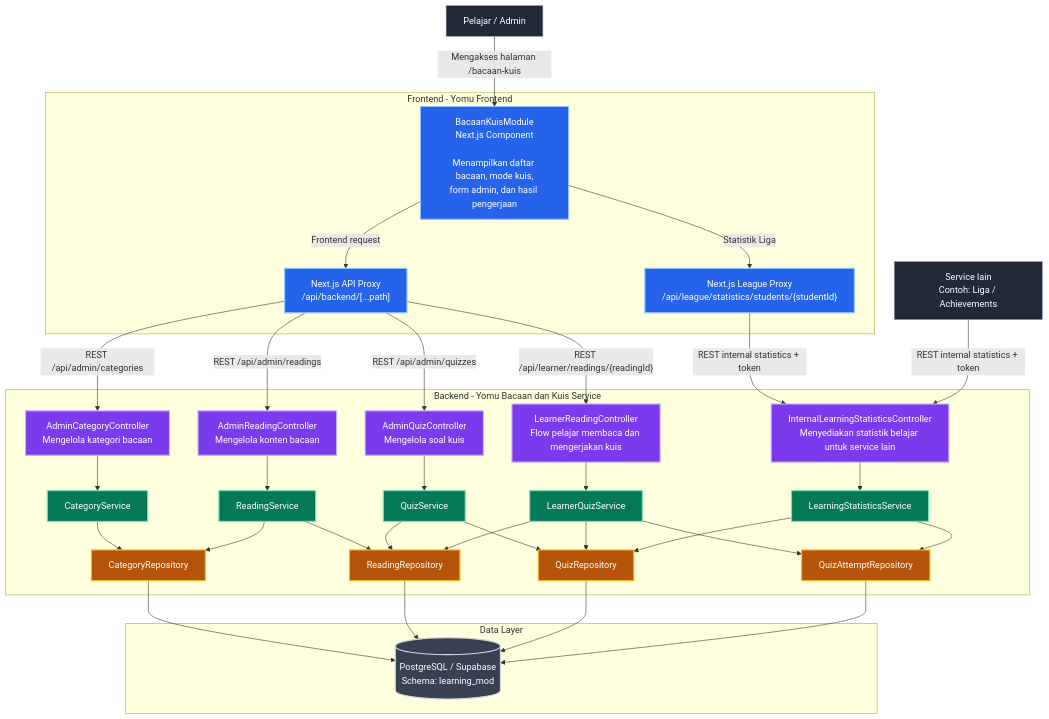
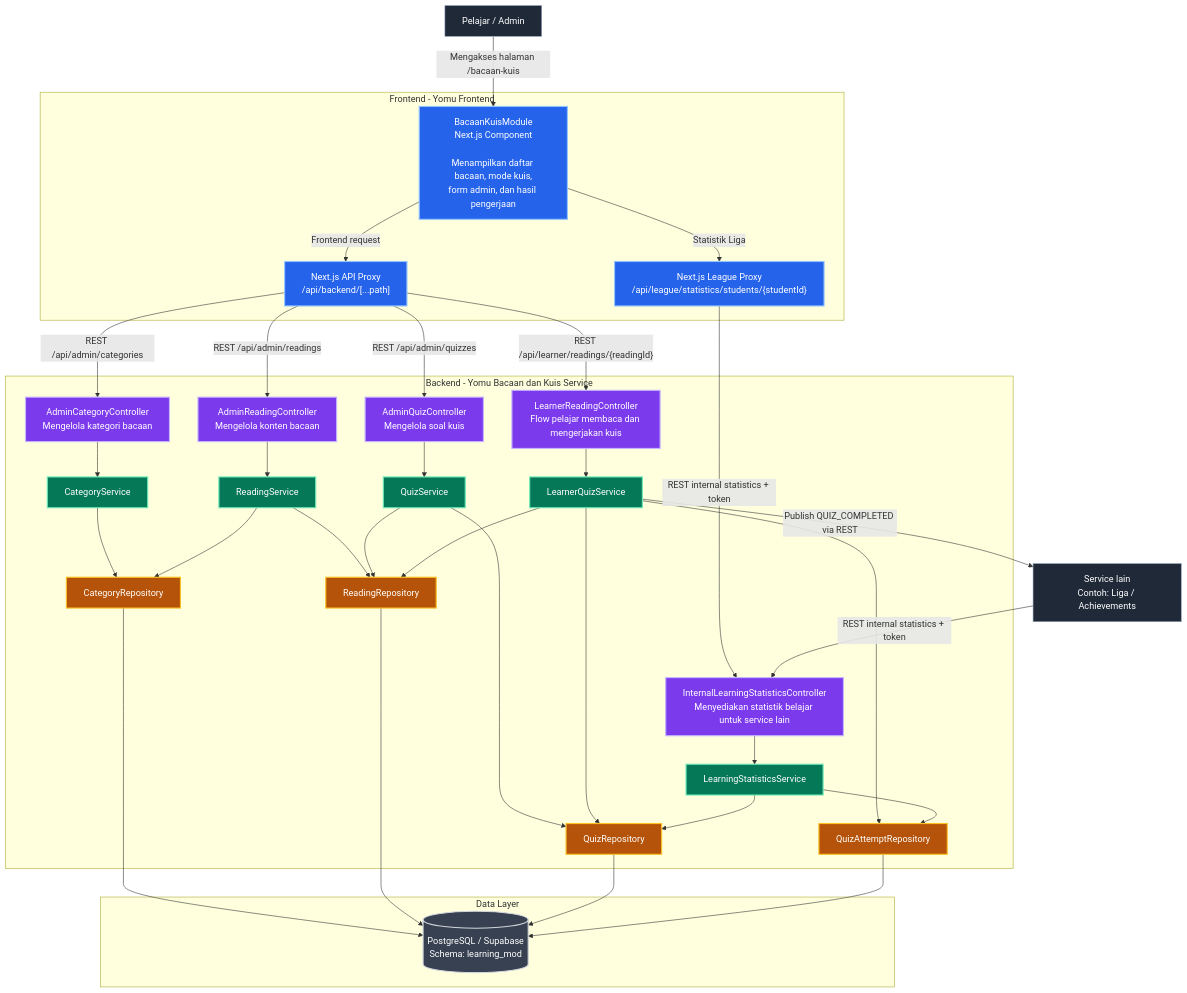
One commit to advprog-2026-B14-project/yomu-bacaan-dan-kuis changed the first of 4 diagrams in README.md. Above: the diagram before and after it, drawn with Mermaid. The commit also changed other lines of this file and 7 other files, not shown here.

Commit message:
Publish quiz completion events over REST

```diff
--- a/README.md
+++ b/README.md
@@ -94,12 +95,12 @@
     LearnerQuizService --> ReadingRepository
     LearningStatisticsService --> QuizAttemptRepository
     LearningStatisticsService --> QuizRepository
+    LearnerQuizService -->|"Publish QUIZ_COMPLETED via REST"| ExternalService
 
     CategoryRepository --> Database
     ReadingRepository --> Database
     QuizRepository --> Database
     QuizAttemptRepository --> Database
-
     classDef frontend fill:#2563eb,stroke:#93c5fd,color:#ffffff,stroke-width:2px;
     classDef controller fill:#7c3aed,stroke:#c4b5fd,color:#ffffff,stroke-width:2px;
     classDef service fill:#047857,stroke:#6ee7b7,color:#ffffff,stroke-width:2px;
```
